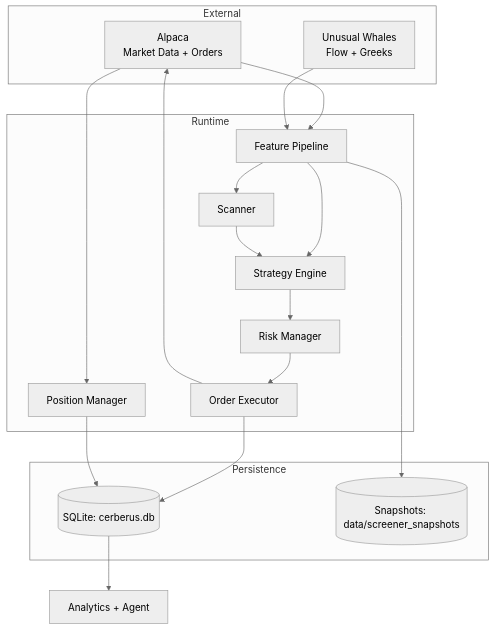
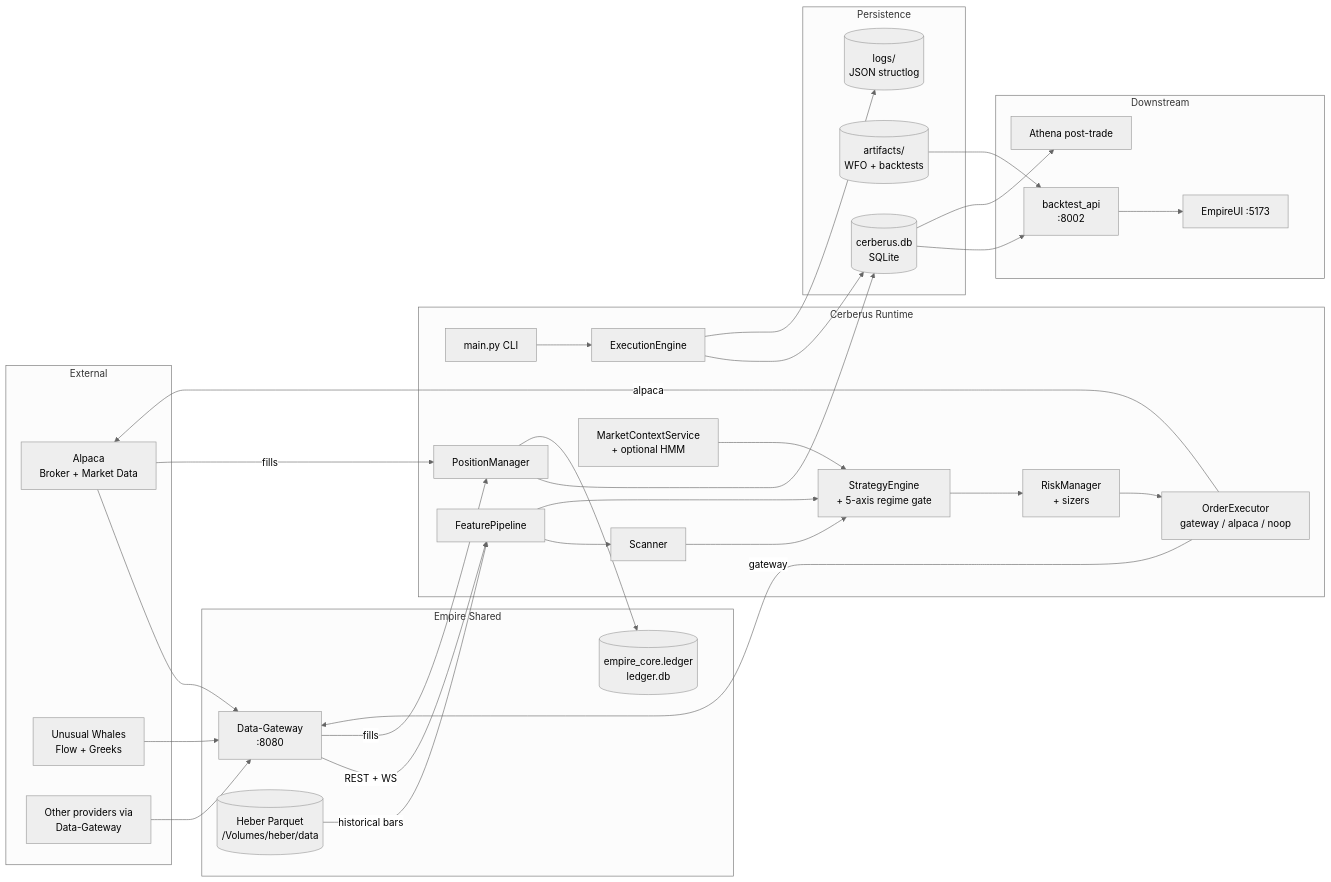
The first of 9 diagrams in docs/ARCHITECTURE.md (JasperDale420/Cerberus), drawn with Mermaid (neutral theme) before and after one commit. The commit also changed other lines of this file and 12 other files, not shown here.

````diff
--- a/docs/ARCHITECTURE.md
+++ b/docs/ARCHITECTURE.md
@@ -7,35 +9,63 @@
 ```mermaid
-flowchart TB
-  subgraph External
-    ALP[Alpaca\nMarket Data + Orders]
-    UW[Unusual Whales\nFlow + Greeks]
-  end
+flowchart LR
+    subgraph EXT[External]
+        ALP[Alpaca\nBroker + Market Data]
+        UW[Unusual Whales\nFlow + Greeks]
+        SEC[Other providers via\nData-Gateway]
+    end
 
-  subgraph Runtime
-    PIPE[Feature Pipeline]
-    SCAN[Scanner]
-    STRAT[Strategy Engine]
-    RISK[Risk Manager]
-    EXEC[Order Executor]
-    POS[Position Manager]
-  end
+    subgraph EMPIRE[Empire Shared]
+        GW[Data-Gateway\n:8080]
+        HEBER[(Heber Parquet\n/Volumes/heber/data)]
+        LEDGER[(empire_core.ledger\nledger.db)]
+    end
 
-  subgraph Persistence
-    DB[(SQLite: cerberus.db)]
-    SNAP[(Snapshots: data/screener_snapshots)]
-  end
+    subgraph CERB[Cerberus Runtime]
+        MAIN[main.py CLI]
+        EXEC[ExecutionEngine]
+        STRAT[StrategyEngine\n+ 5-axis regime gate]
+        RISK[RiskManager\n+ sizers]
+        ORD[OrderExecutor\ngateway / alpaca / noop]
+        POS[PositionManager]
+        SCAN[Scanner]
+        PIPE[FeaturePipeline]
+        REGIME[MarketContextService\n+ optional HMM]
+    end
 
-  ALP --> PIPE
-  UW --> PIPE
-  PIPE --> SCAN
-  PIPE --> STRAT
-  SCAN --> STRAT
-  STRAT --> RISK
-  RISK --> EXEC
-  EXEC --> ALP
-  ALP --> POS
-  EXEC --> DB
-  POS --> DB
-  PIPE --> SNAP
-  DB --> ANA[Analytics + Agent]
+    subgraph PERSIST[Persistence]
+        DB[(cerberus.db\nSQLite)]
+        ART[(artifacts/\nWFO + backtests)]
+        LOGS[(logs/\nJSON structlog)]
+    end
+
+    subgraph CONSUMERS[Downstream]
+        API[backtest_api\n:8002]
+        UI[EmpireUI :5173]
+        ATHENA[Athena post-trade]
+    end
+
+    ALP --> GW
+    UW --> GW
+    SEC --> GW
+    GW -->|REST + WS| PIPE
+    HEBER -->|historical bars| PIPE
+    PIPE --> SCAN
+    PIPE --> STRAT
+    SCAN --> STRAT
+    REGIME --> STRAT
+    STRAT --> RISK
+    RISK --> ORD
+    ORD -->|gateway| GW
+    ORD -->|alpaca| ALP
+    GW -->|fills| POS
+    ALP -->|fills| POS
+    EXEC --> DB
+    POS --> DB
+    POS --> LEDGER
+    EXEC --> LOGS
+    DB --> API
+    ART --> API
+    API --> UI
+    DB --> ATHENA
+    MAIN --> EXEC
 ```
````
